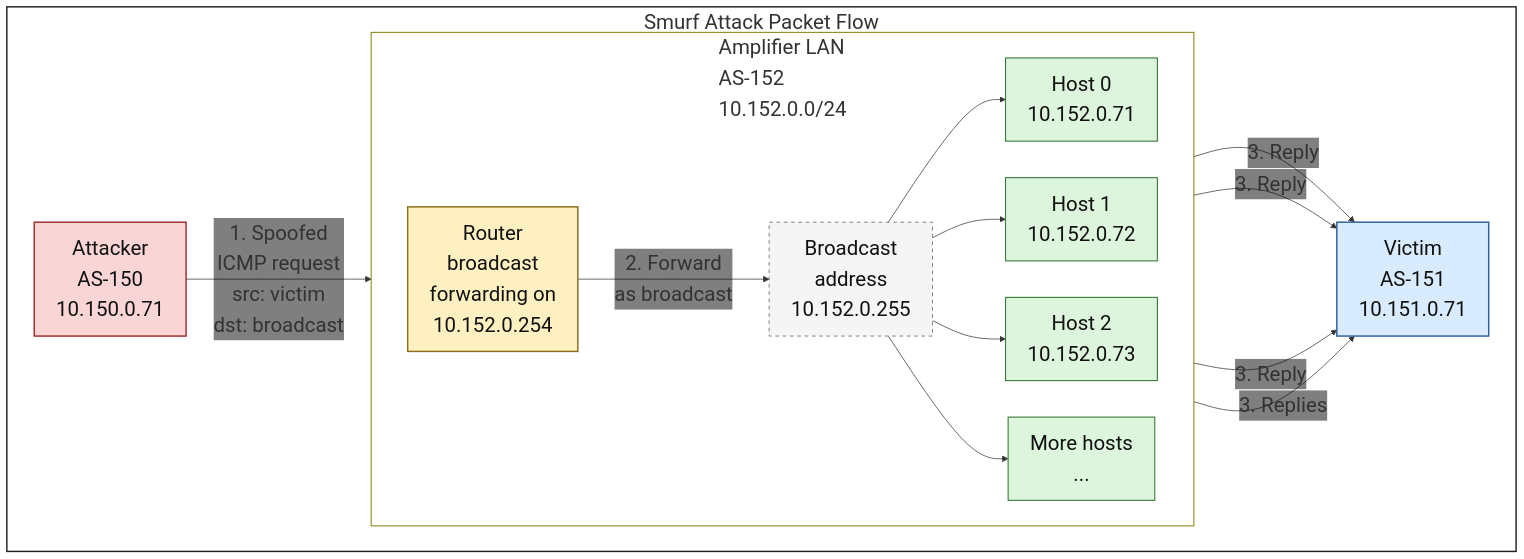
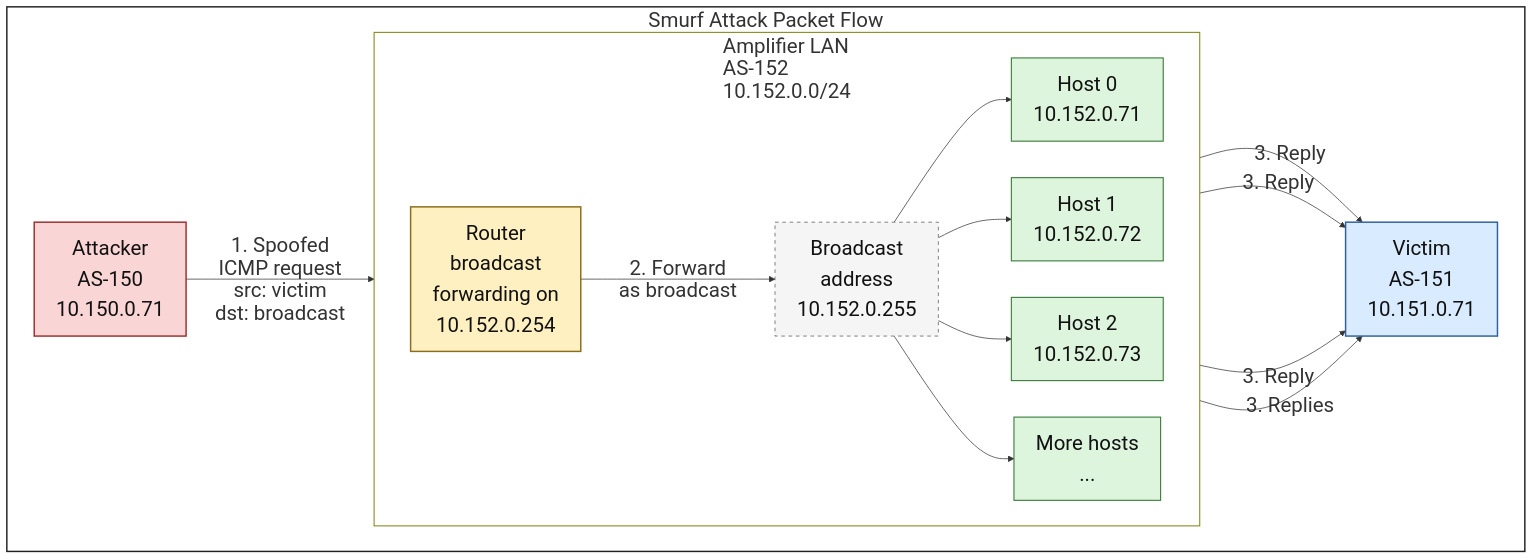
Before and after one commit to seed-labs/seed-labs: the diagram in category-network/Smurf_Attack/Figs/tt.md, drawn with Mermaid. The commit also changed 2 other files, not shown here.

Commit message:
revised the figures

````diff
--- a/category-network/Smurf_Attack/Figs/tt.md
+++ b/category-network/Smurf_Attack/Figs/tt.md
@@ -1,45 +1,45 @@
 ```mermaid
-%%{init: {"themeVariables": {"fontSize": "28px", "edgeLabelBackground": "transparent"}}}%%
+%%{init: {"flowchart": {"htmlLabels": false}, "themeVariables": {"fontSize": "28px", "edgeLabelBackground": "transparent"}}}%%
 flowchart LR
     subgraph whole["Smurf Attack Packet Flow"]
         direction LR
         attacker["Attacker<br/>AS-150<br/>10.150.0.71"]
         victim["Victim<br/>AS-151<br/>10.151.0.71"]
 
         subgraph amp["Amplifier LAN<br/>AS-152<br/>10.152.0.0/24"]
             direction LR
             router["Router<br/>broadcast<br/>forwarding on<br/>10.152.0.254"]
             broadcast["Broadcast<br/>address<br/>10.152.0.255"]
             h1["Host 0<br/>10.152.0.71"]
             h2["Host 1<br/>10.152.0.72"]
             h3["Host 2<br/>10.152.0.73"]
             hn["More hosts<br/>..."]
         end
 
         attacker -- "1. Spoofed<br/>ICMP request<br/>src: victim<br/>dst: broadcast" --> router
         router -- "2. Forward<br/>as broadcast" --> broadcast
         broadcast --> h1
         broadcast --> h2
         broadcast --> h3
         broadcast --> hn
 
         h1 -- "3. Reply" --> victim
         h2 -- "3. Reply" --> victim
         h3 -- "3. Reply" --> victim
         hn -- "3. Replies" --> victim
     end
 
     style whole fill:transparent,stroke:#222,stroke-width:2px
     style amp fill:transparent,stroke:#8a8a20,stroke-width:1.5px
     classDef attacker fill:#f9d6d5,stroke:#9d2f2f,stroke-width:2px,color:#111;
     classDef victim fill:#d9ebff,stroke:#2f5f9d,stroke-width:2px,color:#111;
     classDef router fill:#fff0c2,stroke:#8a6d1d,stroke-width:2px,color:#111;
     classDef host fill:#ddf4dd,stroke:#387a38,stroke-width:1.5px,color:#111;
     classDef broadcast fill:#f5f5f5,stroke:#555,stroke-dasharray:5 5,color:#111;
 
     class attacker attacker;
     class victim victim;
     class router router;
     class h1,h2,h3,hn host;
     class broadcast broadcast;
 ```
````
